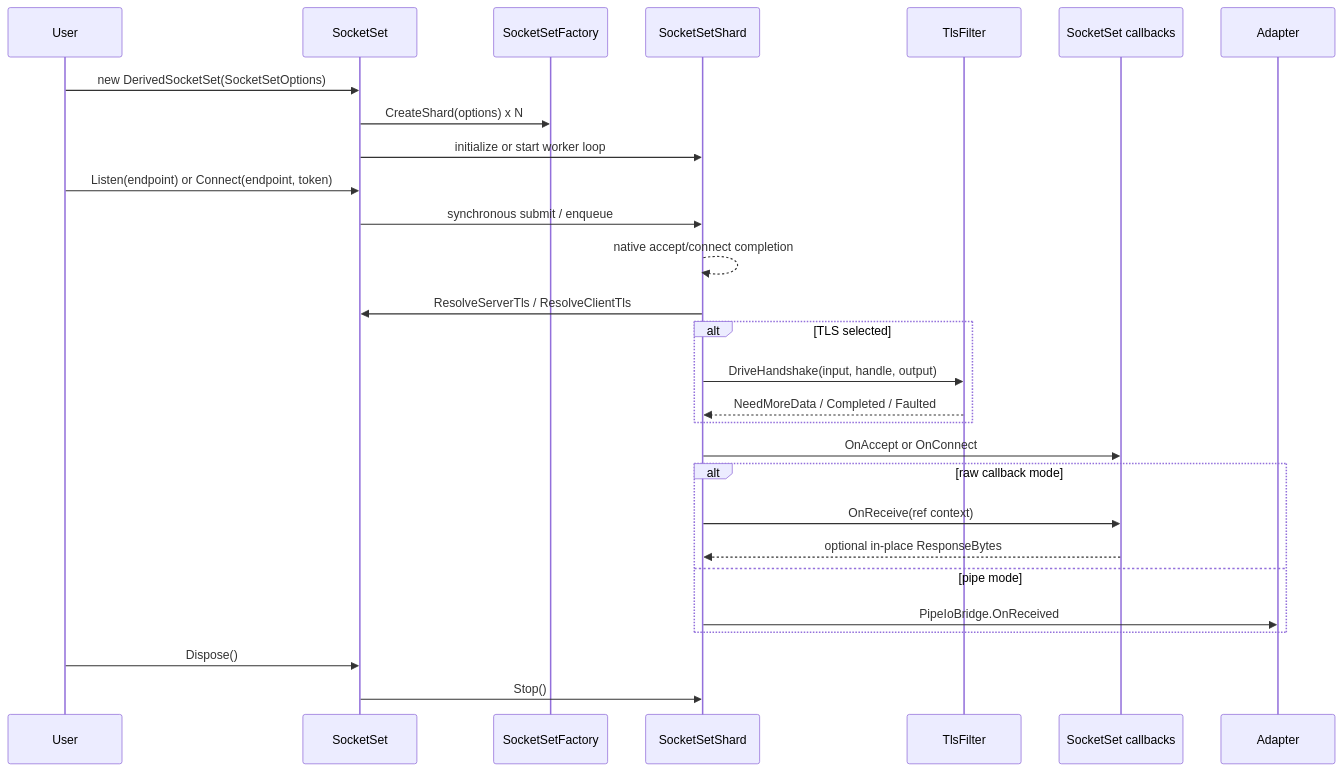
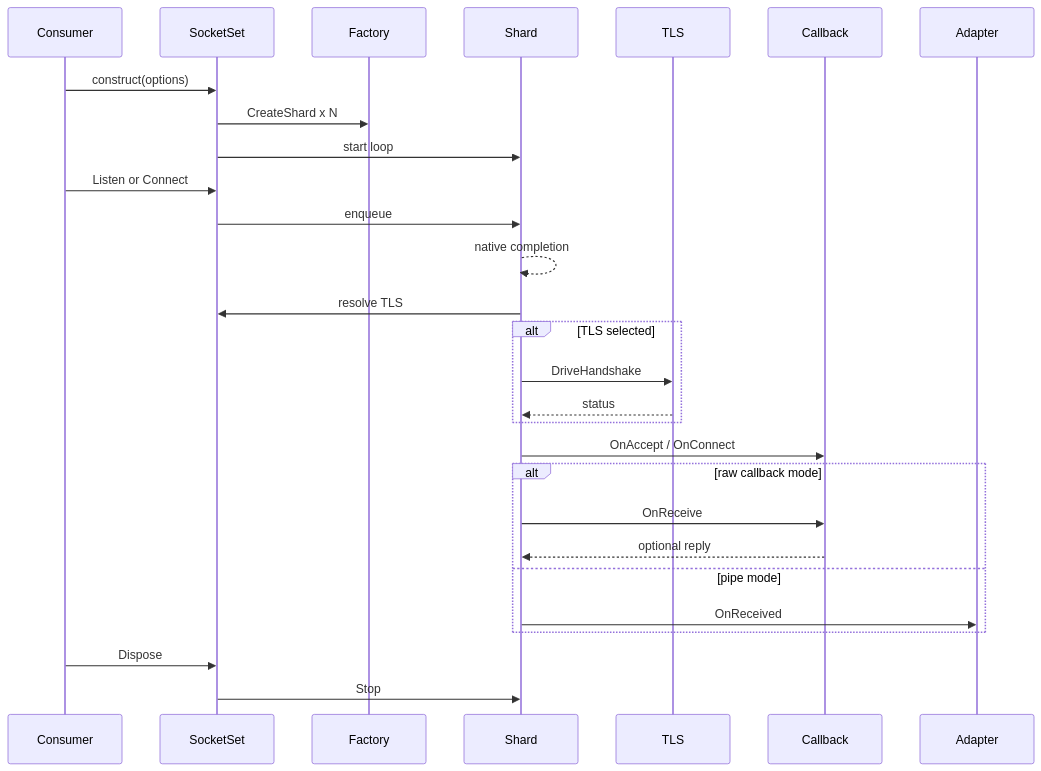
Before and after one commit to DeagleGross/Network-Transport-Experiments: the second of 2 diagrams in socketset-public-api-map.md, drawn with Mermaid. The commit also changed other lines of this file and 1 other file, not shown here.

````diff
--- a/socketset-public-api-map.md
+++ b/socketset-public-api-map.md
@@ -82,31 +92,31 @@
 ```mermaid
 sequenceDiagram
-    participant User
-    participant Set as SocketSet
-    participant Factory as SocketSetFactory
-    participant Shard as SocketSetShard
-    participant Tls as TlsFilter
-    participant Callback as SocketSet callbacks
-    participant Adapter
+    participant U as Consumer
+    participant E as SocketSet
+    participant F as Factory
+    participant S as Shard
+    participant T as TLS
+    participant C as Callback
+    participant A as Adapter
 
-    User->>Set: new DerivedSocketSet(SocketSetOptions)
-    Set->>Factory: CreateShard(options) x N
-    Set->>Shard: initialize or start worker loop
-    User->>Set: Listen(endpoint) or Connect(endpoint, token)
-    Set->>Shard: synchronous submit / enqueue
-    Shard-->>Shard: native accept/connect completion
-    Shard->>Set: ResolveServerTls / ResolveClientTls
+    U->>E: construct(options)
+    E->>F: CreateShard x N
+    E->>S: start loop
+    U->>E: Listen or Connect
+    E->>S: enqueue
+    S-->>S: native completion
+    S->>E: resolve TLS
     alt TLS selected
-        Shard->>Tls: DriveHandshake(input, handle, output)
-        Tls-->>Shard: NeedMoreData / Completed / Faulted
+        S->>T: DriveHandshake
+        T-->>S: status
     end
-    Shard->>Callback: OnAccept or OnConnect
+    S->>C: OnAccept / OnConnect
     alt raw callback mode
-        Shard->>Callback: OnReceive(ref context)
-        Callback-->>Shard: optional in-place ResponseBytes
+        S->>C: OnReceive
+        C-->>S: optional reply
     else pipe mode
-        Shard->>Adapter: PipeIoBridge.OnReceived
+        S->>A: OnReceived
     end
-    User->>Set: Dispose()
-    Set->>Shard: Stop()
+    U->>E: Dispose
+    E->>S: Stop
 ```
````
